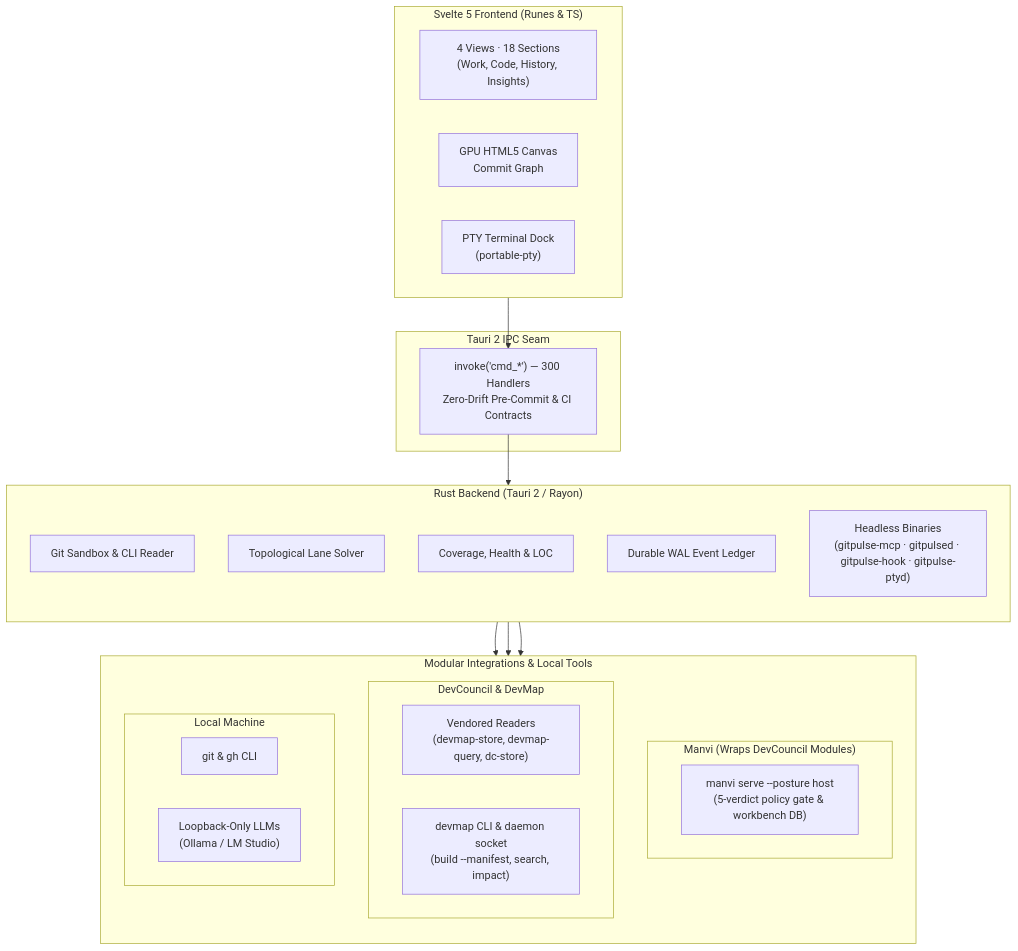
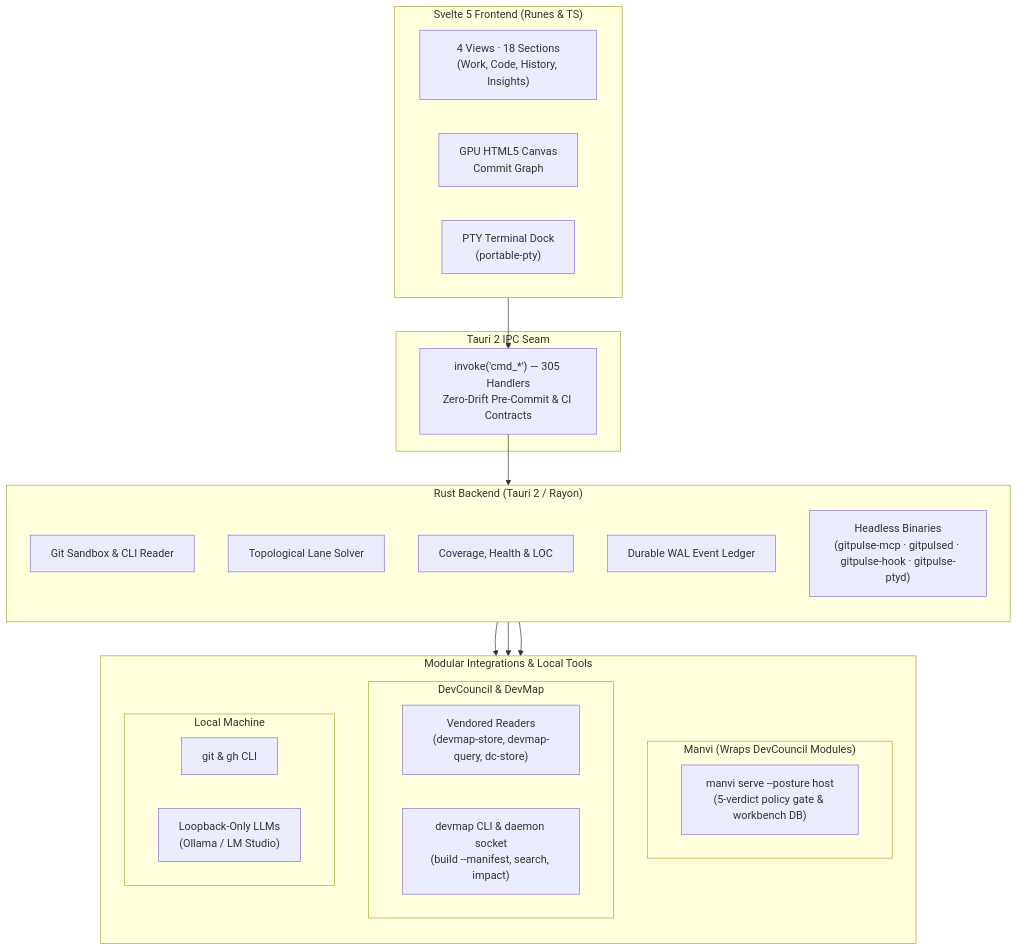
One commit to bharathvbcr/GitPulse changed the diagram in README.md. Above: the diagram before and after it, drawn with Mermaid. The commit also changed 66 other files, not shown here.

````diff
--- a/README.md
+++ b/README.md
@@ -126,43 +126,43 @@
 ```mermaid
 flowchart TB
     subgraph Frontend["Svelte 5 Frontend (Runes & TS)"]
         direction LR
         Views["4 Views · 18 Sections<br/>(Work, Code, History, Insights)"]
         Canvas["GPU HTML5 Canvas<br/>Commit Graph"]
         TerminalDock["PTY Terminal Dock<br/>(portable-pty)"]
     end
 
     subgraph IPC["Tauri 2 IPC Seam"]
-        Bridge["invoke('cmd_*') — 300 Handlers<br/>Zero-Drift Pre-Commit & CI Contracts"]
+        Bridge["invoke('cmd_*') — 305 Handlers<br/>Zero-Drift Pre-Commit & CI Contracts"]
     end
 
     subgraph Backend["Rust Backend (Tauri 2 / Rayon)"]
         direction TB
         GitEngine["Git Sandbox & CLI Reader"]
         LaneSolver["Topological Lane Solver"]
         Analyzers["Coverage, Health & LOC"]
         Ledger["Durable WAL Event Ledger"]
         Headless["Headless Binaries<br/>(gitpulse-mcp · gitpulsed · gitpulse-hook · gitpulse-ptyd)"]
     end
 
     subgraph Integrations["Modular Integrations & Local Tools"]
         direction TB
         subgraph ManviWrap["Manvi (Wraps DevCouncil Modules)"]
             ManviSidecar["manvi serve --posture host<br/>(5-verdict policy gate & workbench DB)"]
         end
         subgraph DevCouncilMods["DevCouncil & DevMap"]
             Vendored["Vendored Readers<br/>(devmap-store, devmap-query, dc-store)"]
             DevMapCLI["devmap CLI & daemon socket<br/>(build --manifest, search, impact)"]
         end
         subgraph LocalTools["Local Machine"]
             CLI["git & gh CLI"]
             LocalLLM["Loopback-Only LLMs<br/>(Ollama / LM Studio)"]
         end
     end
 
     Frontend --> Bridge
     Bridge --> Backend
     Backend --> ManviWrap
     Backend --> DevCouncilMods
     Backend --> LocalTools
 ```
````
